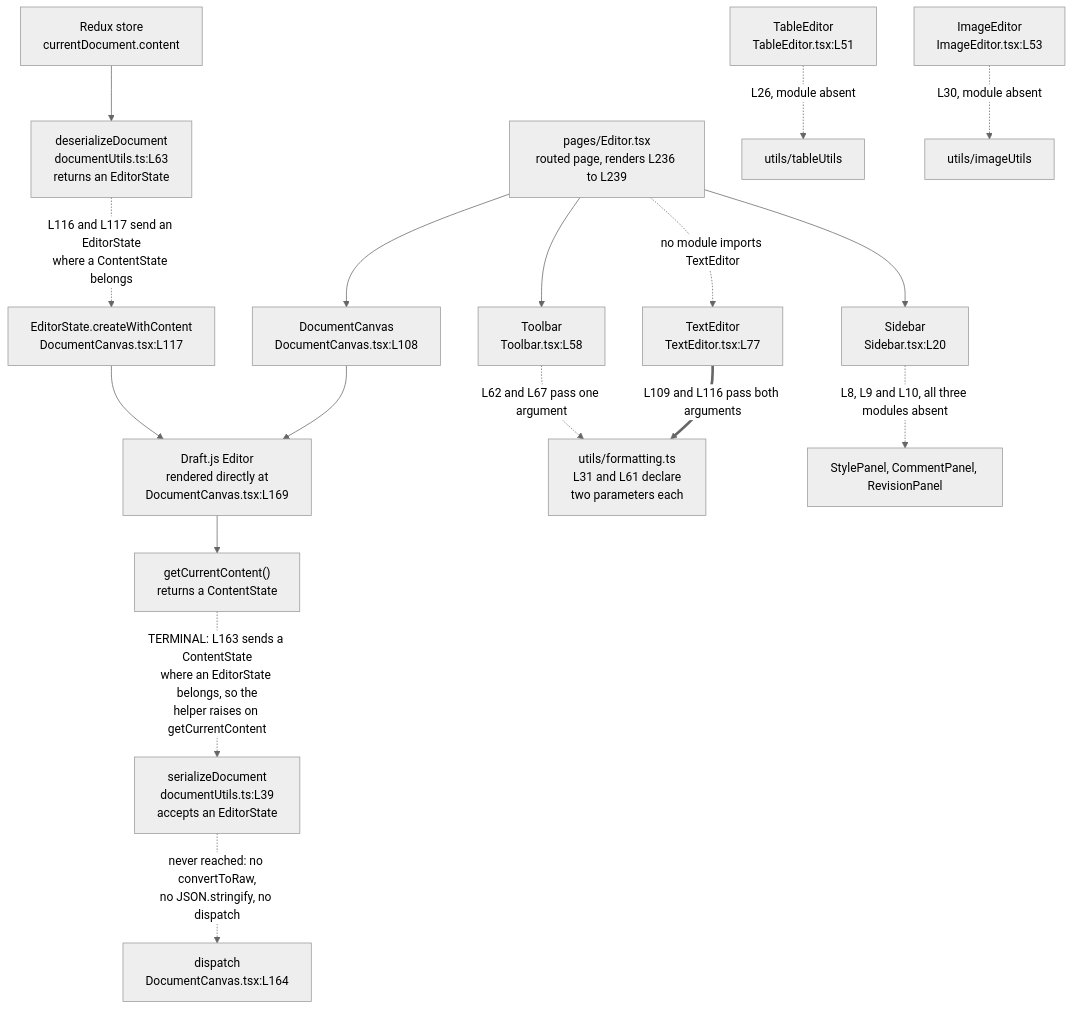
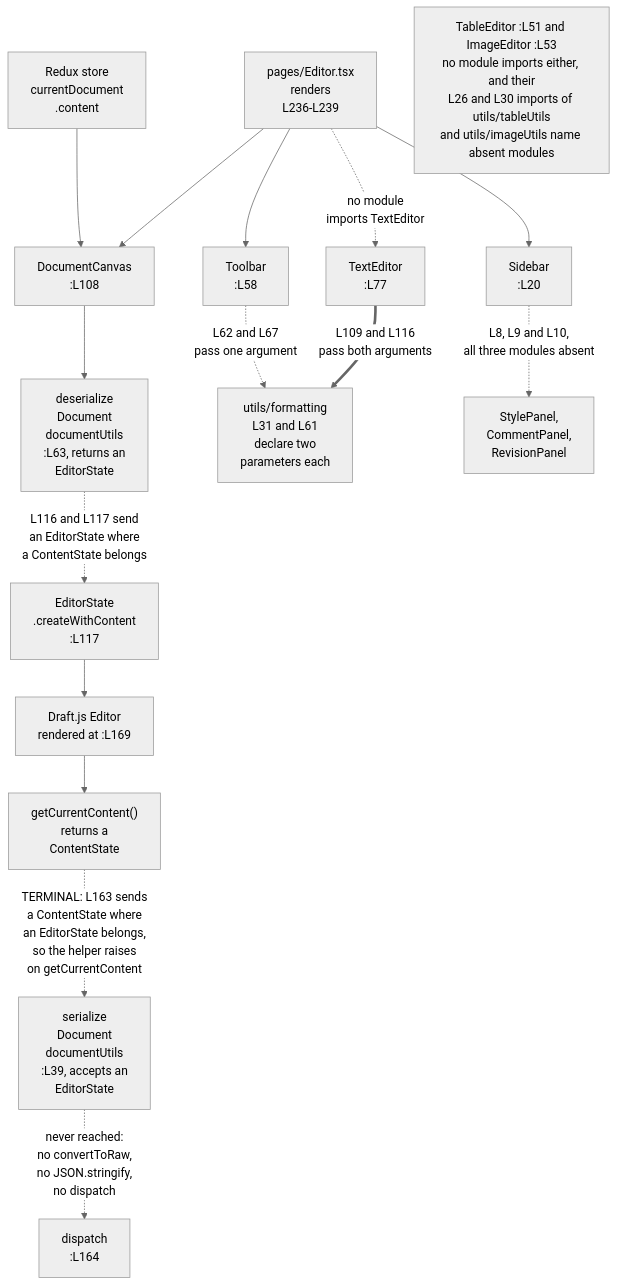
Before and after one commit to blitzy-public-samples/microsoft-word-u33ko0: the diagram in frontend/src/components/README.md, drawn with Mermaid (neutral theme). The commit also changed 20 other files, not shown here.

First line of the commit message:
﻿docs: resolve QA findings on Mermaid legibility, label integrity and accessibility

````diff
--- a/frontend/src/components/README.md
+++ b/frontend/src/components/README.md
@@ -155,29 +155,27 @@
 ```mermaid
 graph TD
-    PAGE["pages/Editor.tsx<br/>routed page, renders L236 to L239"]
-    PAGE --> TB["Toolbar<br/>Toolbar.tsx:L58"]
-    PAGE --> DC["DocumentCanvas<br/>DocumentCanvas.tsx:L108"]
-    PAGE --> SB["Sidebar<br/>Sidebar.tsx:L20"]
-    DC --> ED["Draft.js Editor<br/>rendered directly at<br/>DocumentCanvas.tsx:L169"]
+    accTitle: The editor component tree and the EditorState journey
+    accDescr: Dashed edges mark a relationship that cannot resolve or a type that does not match. The thick edge marks the one helper call supplying both declared arguments. Two inverse type errors sit on the outbound and inbound halves of the same round trip. Node line numbers refer to the file named in the Key Components table above.
+    PAGE["pages/Editor.tsx<br/>renders<br/>L236-L239"]
+    STORE["Redux store<br/>currentDocument<br/>.content"]
+    PAGE --> TB["Toolbar<br/>:L58"]
+    PAGE --> SB["Sidebar<br/>:L20"]
+    PAGE --> DC["DocumentCanvas<br/>:L108"]
+    STORE --> DC
+    DC --> DES["deserialize<br/>Document<br/>documentUtils<br/>:L63, returns an<br/>EditorState"]
+    DES -.->|"L116 and L117 send<br/>an EditorState where<br/>a ContentState belongs"| CWC["EditorState<br/>.createWithContent<br/>:L117"]
+    CWC --> ED["Draft.js Editor<br/>rendered at :L169"]
+    ED --> GCC["getCurrentContent()<br/>returns a<br/>ContentState"]
+    GCC -.->|"TERMINAL: L163 sends<br/>a ContentState where<br/>an EditorState belongs,<br/>so the helper raises<br/>on getCurrentContent"| SER["serialize<br/>Document<br/>documentUtils<br/>:L39, accepts an<br/>EditorState"]
+    SER -.->|"never reached:<br/>no convertToRaw,<br/>no JSON.stringify,<br/>no dispatch"| DIS["dispatch<br/>:L164"]
 
-    STORE["Redux store<br/>currentDocument.content"] --> DES["deserializeDocument<br/>documentUtils.ts:L63<br/>returns an EditorState"]
-    DES -.->|"L116 and L117 send an EditorState<br/>where a ContentState belongs"| CWC["EditorState.createWithContent<br/>DocumentCanvas.tsx:L117"]
-    CWC --> ED
-    ED --> GCC["getCurrentContent()<br/>returns a ContentState"]
-    GCC -.->|"TERMINAL: L163 sends a ContentState<br/>where an EditorState belongs, so the<br/>helper raises on getCurrentContent"| SER["serializeDocument<br/>documentUtils.ts:L39<br/>accepts an EditorState"]
-    SER -.->|"never reached: no convertToRaw,<br/>no JSON.stringify, no dispatch"| DIS["dispatch<br/>DocumentCanvas.tsx:L164"]
-
-    FMT["utils/formatting.ts<br/>L31 and L61 declare<br/>two parameters each"]
-    TE["TextEditor<br/>TextEditor.tsx:L77"]
-    TE ==>|"L109 and L116 pass both arguments"| FMT
-    TB -.->|"L62 and L67 pass one argument"| FMT
-    PAGE -.->|"no module imports TextEditor"| TE
-
-    SB -.->|"L8, L9 and L10, all three modules absent"| SP["StylePanel, CommentPanel, RevisionPanel"]
-
-    TBE["TableEditor<br/>TableEditor.tsx:L51"] -.->|"L26, module absent"| TU["utils/tableUtils"]
-    IME["ImageEditor<br/>ImageEditor.tsx:L53"] -.->|"L30, module absent"| IU["utils/imageUtils"]
+    TE["TextEditor<br/>:L77"]
+    PAGE -.->|"no module<br/>imports TextEditor"| TE
+    TE ==>|"L109 and L116<br/>pass both arguments"| FMT["utils/formatting<br/>L31 and L61<br/>declare two<br/>parameters each"]
+    TB -.->|"L62 and L67<br/>pass one argument"| FMT
+    SB -.->|"L8, L9 and L10,<br/>all three modules absent"| SP["StylePanel,<br/>CommentPanel,<br/>RevisionPanel"]
+    ORPH["TableEditor :L51 and ImageEditor :L53<br/>no module imports either, and their<br/>L26 and L30 imports of utils/tableUtils<br/>and utils/imageUtils name absent modules"]
 
 %% Dashed edges mark a relationship that cannot resolve or a type that does not match.
 %% The thick edge marks the one helper call supplying both declared arguments.
 ```
````
